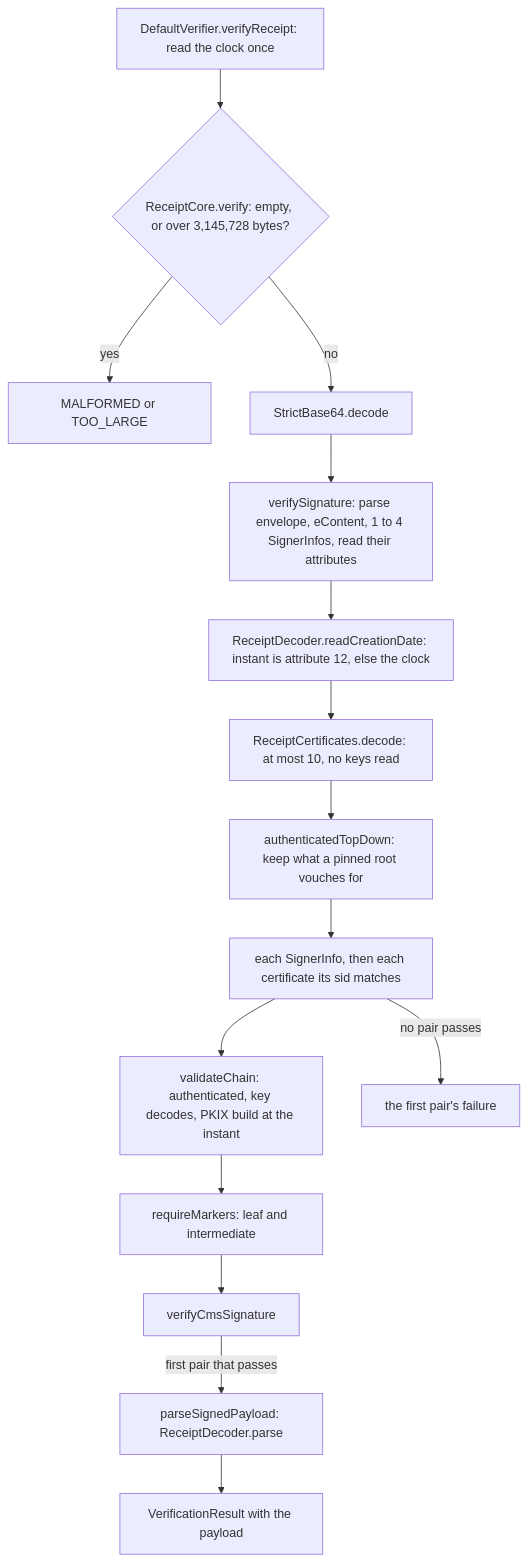
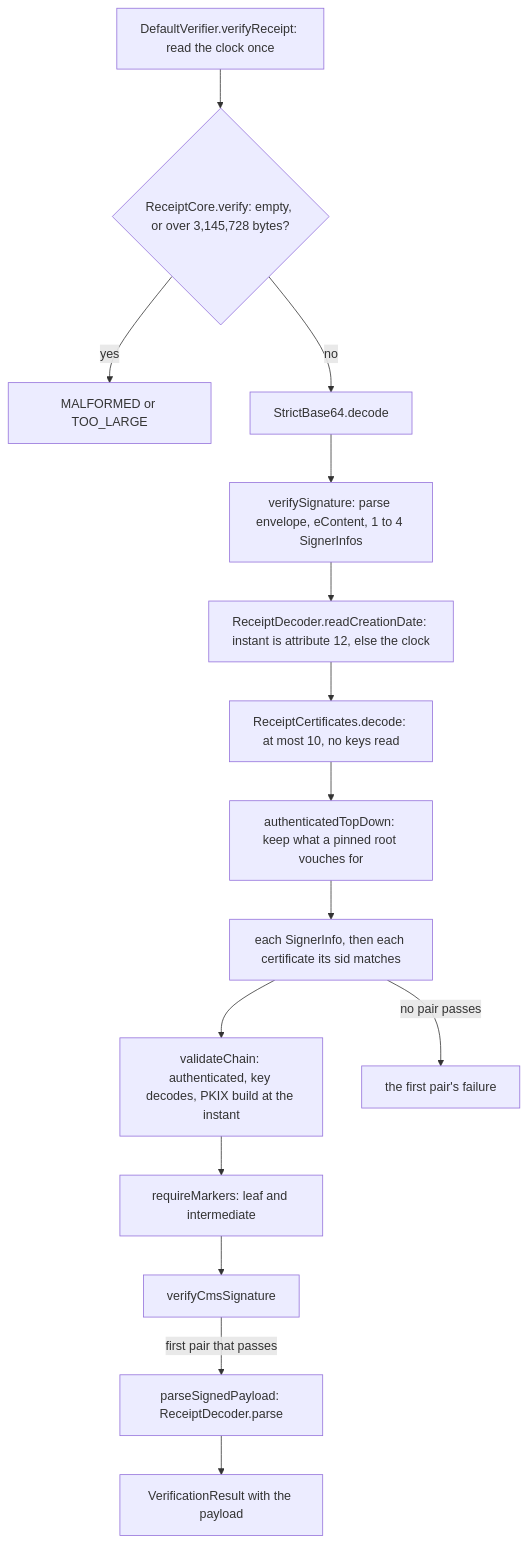
The third of 3 diagrams in java/WALKTHROUGH.md (emindeniz99/apple-purchase-receipt-verifier), drawn with Mermaid before and after one commit. The commit also changed other lines of this file and 5 other files, not shown here.

First line of the commit message:
fix(java): stop pre-reading signer attributes and bounding date years

````diff
--- a/java/WALKTHROUGH.md
+++ b/java/WALKTHROUGH.md
@@ -513,17 +514,17 @@
 ```mermaid
 flowchart TD
     S["DefaultVerifier.verifyReceipt: read the clock once"] --> C1{"ReceiptCore.verify: empty, or over 3,145,728 bytes?"}
     C1 -->|yes| F1["MALFORMED or TOO_LARGE"]
     C1 -->|no| C2["StrictBase64.decode"]
-    C2 --> C3["verifySignature: parse envelope, eContent, 1 to 4 SignerInfos, read their attributes"]
+    C2 --> C3["verifySignature: parse envelope, eContent, 1 to 4 SignerInfos"]
     C3 --> C4["ReceiptDecoder.readCreationDate: instant is attribute 12, else the clock"]
     C4 --> C5["ReceiptCertificates.decode: at most 10, no keys read"]
     C5 --> C6["authenticatedTopDown: keep what a pinned root vouches for"]
     C6 --> L["each SignerInfo, then each certificate its sid matches"]
     L --> C7["validateChain: authenticated, key decodes, PKIX build at the instant"]
     C7 --> C8["requireMarkers: leaf and intermediate"]
     C8 --> C9["verifyCmsSignature"]
     C9 -->|first pair that passes| C10["parseSignedPayload: ReceiptDecoder.parse"]
     C10 --> OK["VerificationResult with the payload"]
     L -->|no pair passes| F2["the first pair's failure"]
 ```
````
